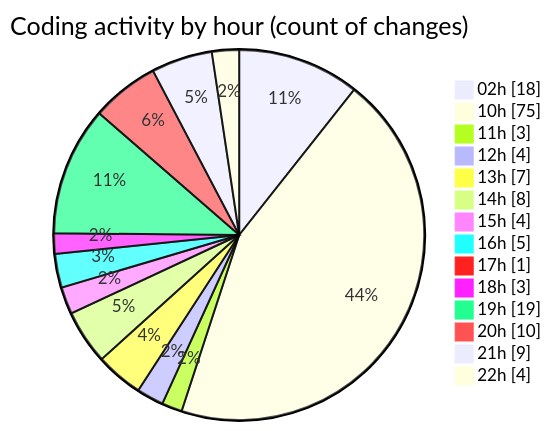
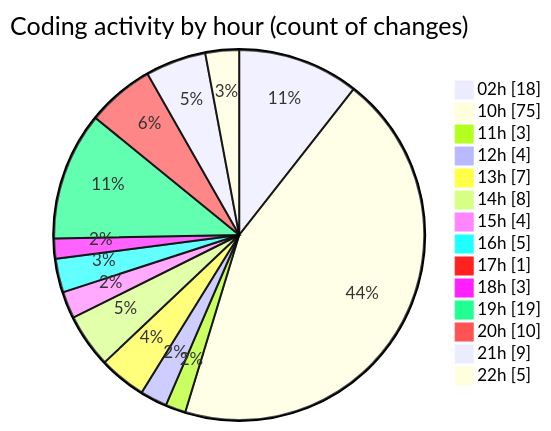
The second of 2 diagrams in 2026-07-08/twenty_versions_aminor/README.md (shibass792/code-tracking), drawn with Mermaid before and after one commit. The commit also changed other lines of this file and 1 other file, not shown here.

````diff
--- a/2026-07-08/twenty_versions_aminor/README.md
+++ b/2026-07-08/twenty_versions_aminor/README.md
@@ -62,18 +62,18 @@
 ```mermaid
 pie showData
 title Coding activity by hour (count of changes)
 "02h" : 18
 "10h" : 75
 "11h" : 3
 "12h" : 4
 "13h" : 7
 "14h" : 8
 "15h" : 4
 "16h" : 5
 "17h" : 1
 "18h" : 3
 "19h" : 19
 "20h" : 10
 "21h" : 9
-"22h" : 4
+"22h" : 5
 ```
````
